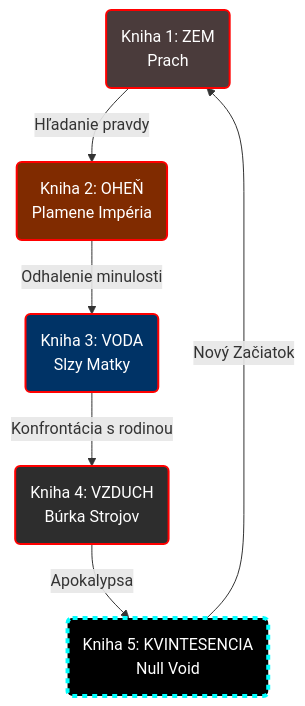
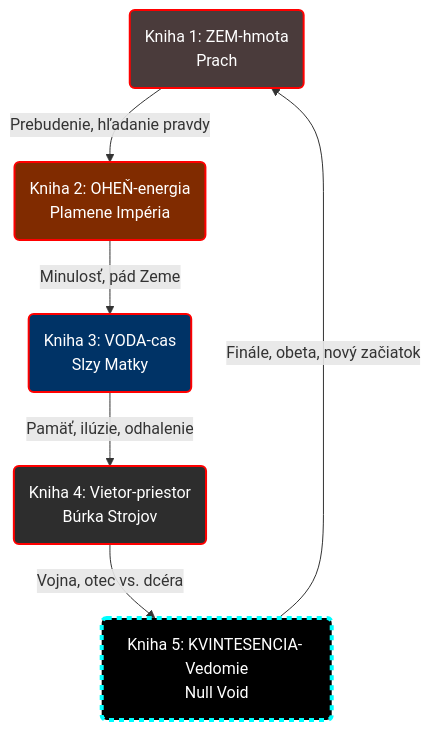
The diagram in World-Bible/books/00-books-overview.md (BranLang/null-void), drawn with Mermaid before and after one commit. The commit also changed other lines of this file, not shown here.

````diff
--- a/World-Bible/books/00-books-overview.md
+++ b/World-Bible/books/00-books-overview.md
@@ -15,23 +15,23 @@
 ```mermaid
 graph TD
     %% Definicia uzlov
-    B1(Kniha 1: ZEM<br>Prach)
-    B2(Kniha 2: OHEŇ<br>Plamene Impéria)
-    B3(Kniha 3: VODA<br>Slzy Matky)
-    B4(Kniha 4: VZDUCH<br>Búrka Strojov)
-    B5(Kniha 5: KVINTESENCIA<br>Null Void)
+    B1(Kniha 1: ZEM-hmota<br>Prach)
+    B2(Kniha 2: OHEŇ-energia<br>Plamene Impéria)
+    B3(Kniha 3: VODA-cas<br>Slzy Matky)
+    B4(Kniha 4: Vietor-priestor<br>Búrka Strojov)
+    B5(Kniha 5: KVINTESENCIA- Vedomie<br>Null Void)
 
     %% Vztahy a tok pribehu
-    B1 -->|Hľadanie pravdy| B2
-    B2 -->|Odhalenie minulosti| B3
-    B3 -->|Konfrontácia s rodinou| B4
-    B4 -->|Apokalypsa| B5
-    B5 -->|Nový Začiatok| B1
+    B1 -->|Prebudenie, hľadanie pravdy| B2
+    B2 -->|Minulosť, pád Zeme| B3
+    B3 -->|Pamäť, ilúzie, odhalenie| B4
+    B4 -->|Vojna, otec vs. dcéra| B5
+    B5 -->|Finále, obeta, nový začiatok| B1
 
     %% Styling (Cyberpunk farby)
     style B1 fill:#4a3b3b,stroke:#f00,stroke-width:2px,color:#fff
     style B2 fill:#802b00,stroke:#f00,stroke-width:2px,color:#fff
     style B3 fill:#003366,stroke:#f00,stroke-width:2px,color:#fff
     style B4 fill:#2d2d2d,stroke:#f00,stroke-width:2px,color:#fff
     style B5 fill:#000000,stroke:#0ff,stroke-width:4px,color:#fff,stroke-dasharray: 5 5
 ```
````
